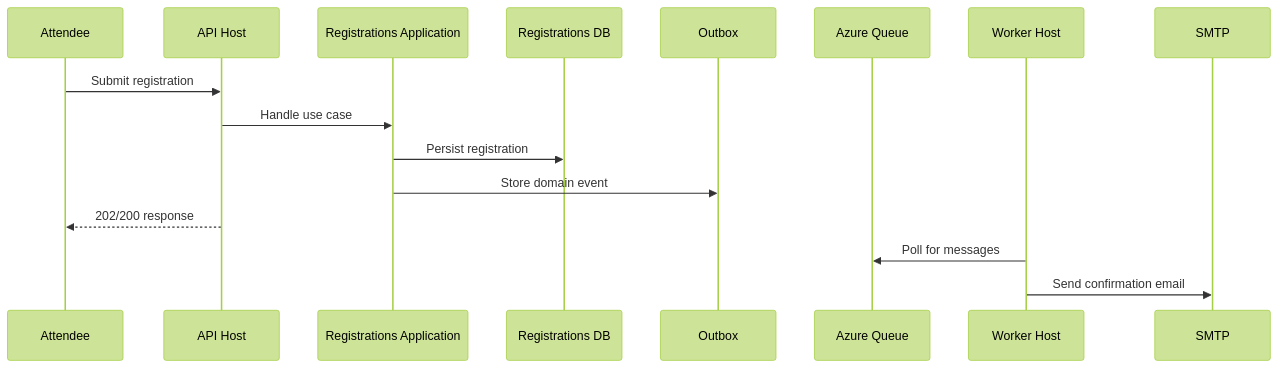
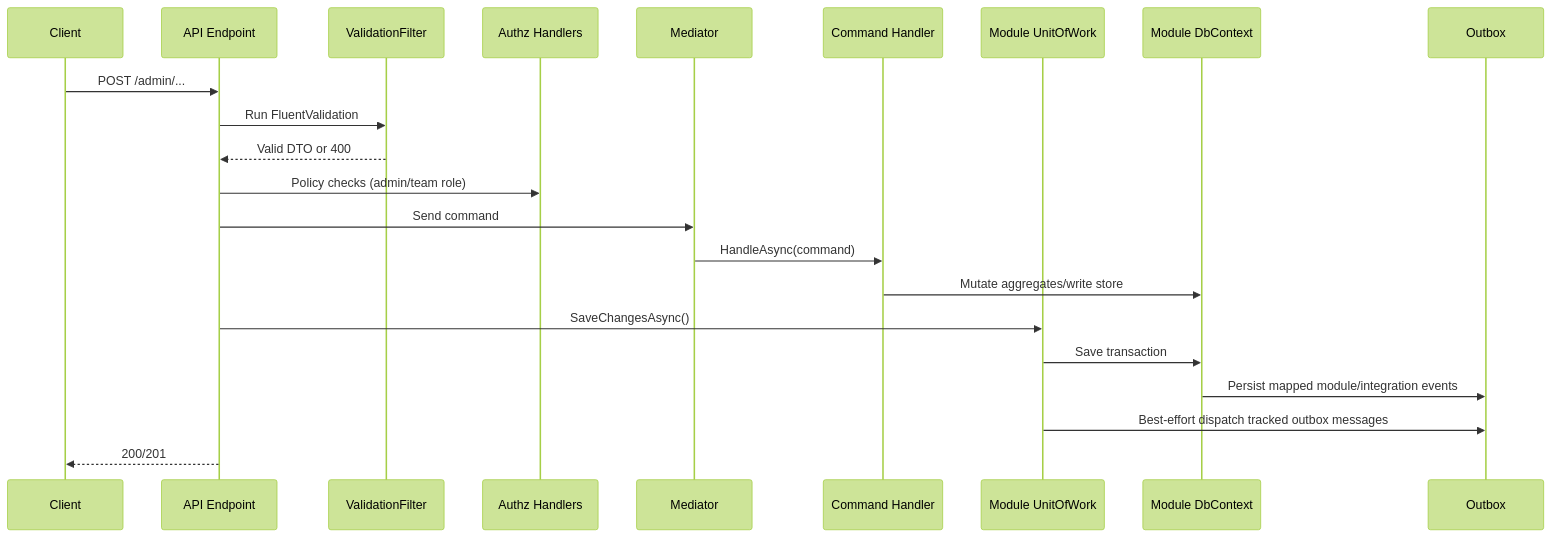
The second of 3 diagrams in docs/README.md (amolenk/Admitto), drawn with Mermaid (forest theme) before and after one commit. The commit also changed other lines of this file and 140 other files, not shown here.

````diff
--- a/docs/README.md
+++ b/docs/README.md
@@ -110,19 +116,25 @@
 ```mermaid
 sequenceDiagram
-  participant Attendee
-  participant Api as API Host
-  participant RegApp as Registrations Application
-  participant RegDb as Registrations DB
-  participant Outbox as Outbox
-  participant Queue as Azure Queue
-  participant Worker as Worker Host
-  participant Smtp as SMTP
+  participant Client
+  participant Api as API Endpoint
+  participant Filter as ValidationFilter
+  participant Auth as Authz Handlers
+  participant Mediator
+  participant Handler as Command Handler
+  participant UoW as Module UnitOfWork
+  participant Db as Module DbContext
+  participant Outbox
 
-  Attendee->>Api: Submit registration
-  Api->>RegApp: Handle use case
-  RegApp->>RegDb: Persist registration
-  RegApp->>Outbox: Store domain event
-  Api-->>Attendee: 202/200 response
-  Worker->>Queue: Poll for messages
-  Worker->>Smtp: Send confirmation email
+  Client->>Api: POST /admin/...
+  Api->>Filter: Run FluentValidation
+  Filter-->>Api: Valid DTO or 400
+  Api->>Auth: Policy checks (admin/team role)
+  Api->>Mediator: Send command
+  Mediator->>Handler: HandleAsync(command)
+  Handler->>Db: Mutate aggregates/write store
+  Api->>UoW: SaveChangesAsync()
+  UoW->>Db: Save transaction
+  Db->>Outbox: Persist mapped module/integration events
+  UoW->>Outbox: Best-effort dispatch tracked outbox messages
+  Api-->>Client: 200/201
 ```
````
